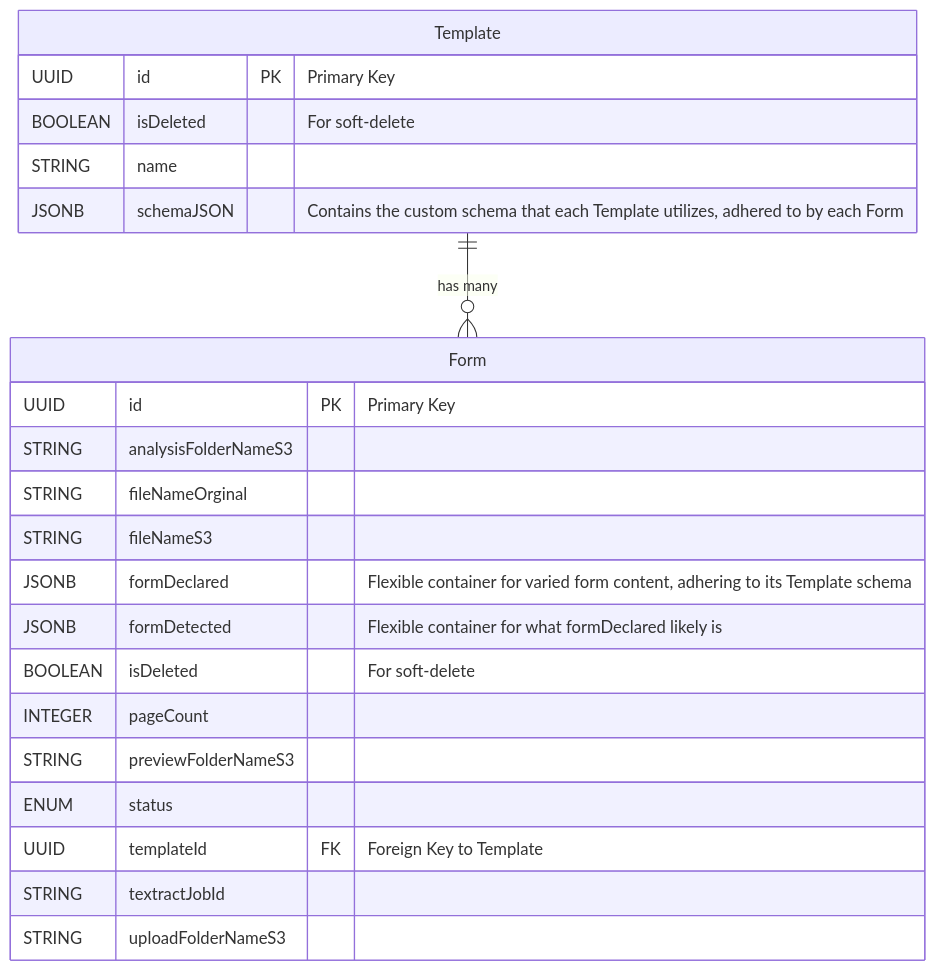
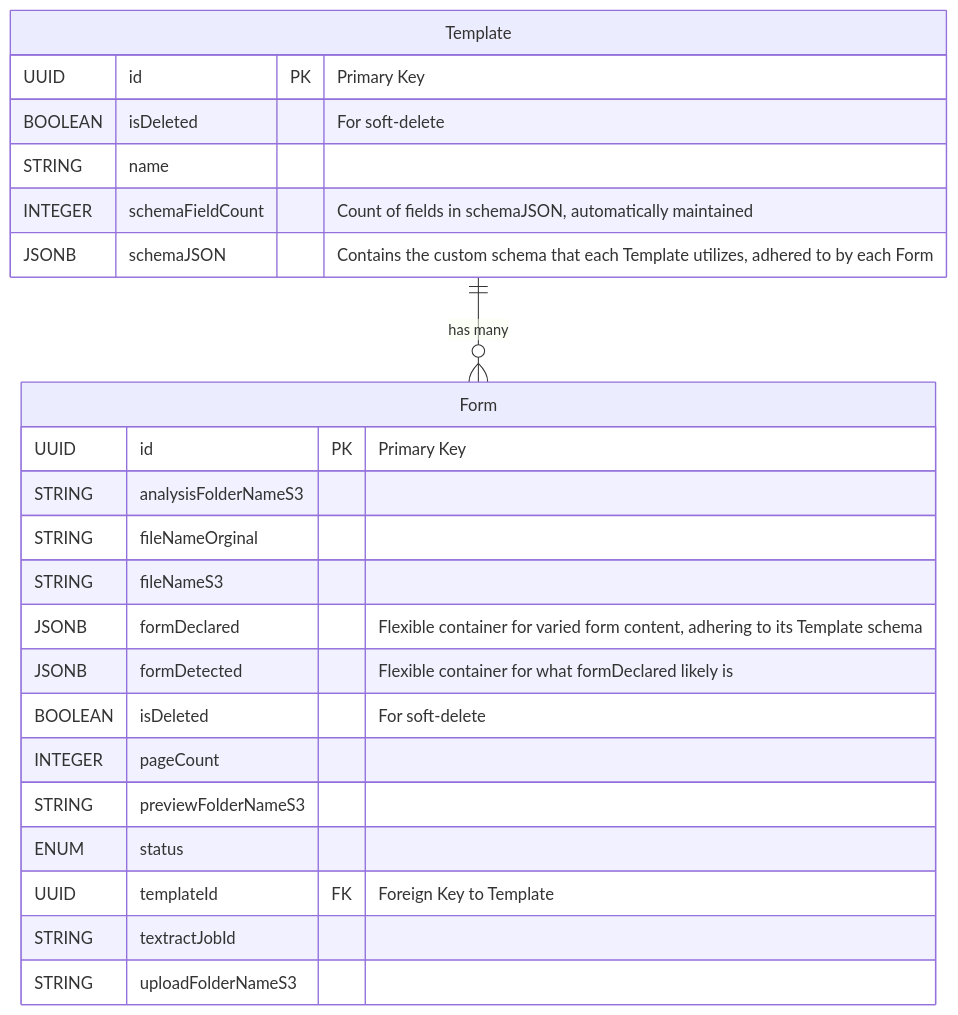
Before and after one commit to rob-mosher/form-toolbox-app: the third of 4 diagrams in README.md, drawn with Mermaid. The commit also changed 18 other files, not shown here.

First line of the commit message:
feat(db+api+web)!: add schemaFieldCount, display in web, refactor to sequelize-cli migrations and seeds

````diff
--- a/README.md
+++ b/README.md
@@ -115,27 +115,28 @@
 ```mermaid
 erDiagram
   Form {
     UUID id PK "Primary Key"
     STRING analysisFolderNameS3
     STRING fileNameOrginal
     STRING fileNameS3
     JSONB formDeclared "Flexible container for varied form content, adhering to its Template schema"
     JSONB formDetected "Flexible container for what formDeclared likely is"
     BOOLEAN isDeleted "For soft-delete"
     INTEGER pageCount
     STRING previewFolderNameS3
     ENUM status
     UUID templateId FK "Foreign Key to Template"
     STRING textractJobId
     STRING uploadFolderNameS3
   }
 
   Template {
     UUID id PK "Primary Key"
     BOOLEAN isDeleted "For soft-delete"
     STRING name
+    INTEGER schemaFieldCount "Count of fields in schemaJSON, automatically maintained"
     JSONB schemaJSON "Contains the custom schema that each Template utilizes, adhered to by each Form"
   }
 
 Template ||--o{ Form : "has many"
 ```
````
